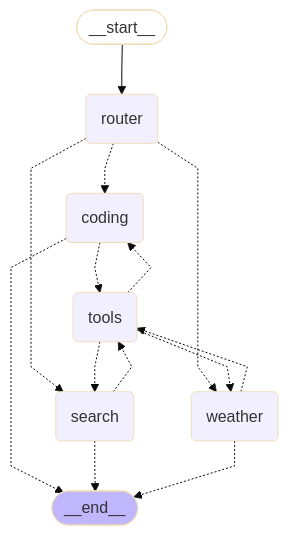
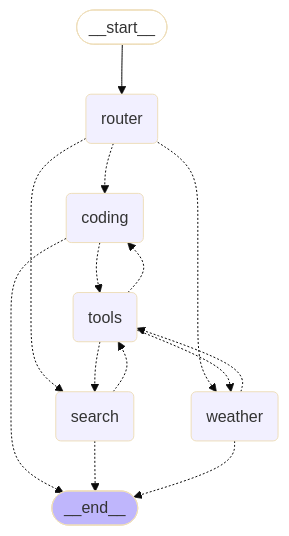
One commit to hadrian89/langgraph-agent-framework changed the diagram in README.md. Above: the diagram before and after it, drawn with Mermaid (base theme).

Commit message:
readme update

````diff
--- a/README.md
+++ b/README.md
@@ -194,32 +194,28 @@
 ```mermaid
----
-config:
-  flowchart:
-    curve: linear
----
-graph TD;
-	__start__([<p>__start__</p>]):::first
-	router(router)
-	tools(tools)
-	coding(coding)
-	search(search)
-	weather(weather)
-	__end__([<p>__end__</p>]):::last
-	__start__ --> router;
-	coding -.-> __end__;
-	coding -.-> tools;
-	router -.-> coding;
-	router -.-> search;
-	router -.-> weather;
-	search -.-> __end__;
-	search -.-> tools;
-	tools -.-> coding;
-	tools -.-> search;
-	tools -.-> weather;
-	weather -.-> __end__;
-	weather -.-> tools;
-	classDef default fill:#f2f0ff,line-height:1.2
-	classDef first fill-opacity:0
-	classDef last fill:#bfb6fc
+graph TD
+    start([__start__]):::first
+    router(router)
+    tools(tools)
+    coding(coding)
+    search(search)
+    weather(weather)
+    finish([__end__]):::last
 
+    start --> router
+    router -.-> coding
+    router -.-> search
+    router -.-> weather
+    coding -.-> tools
+    coding -.-> finish
+    search -.-> tools
+    search -.-> finish
+    weather -.-> tools
+    weather -.-> finish
+    tools -.-> coding
+    tools -.-> search
+    tools -.-> weather
+
+    classDef default fill:#f2f0ff,line-height:1.2
+    classDef first fill-opacity:0
+    classDef last fill:#bfb6fc
 ```
````
